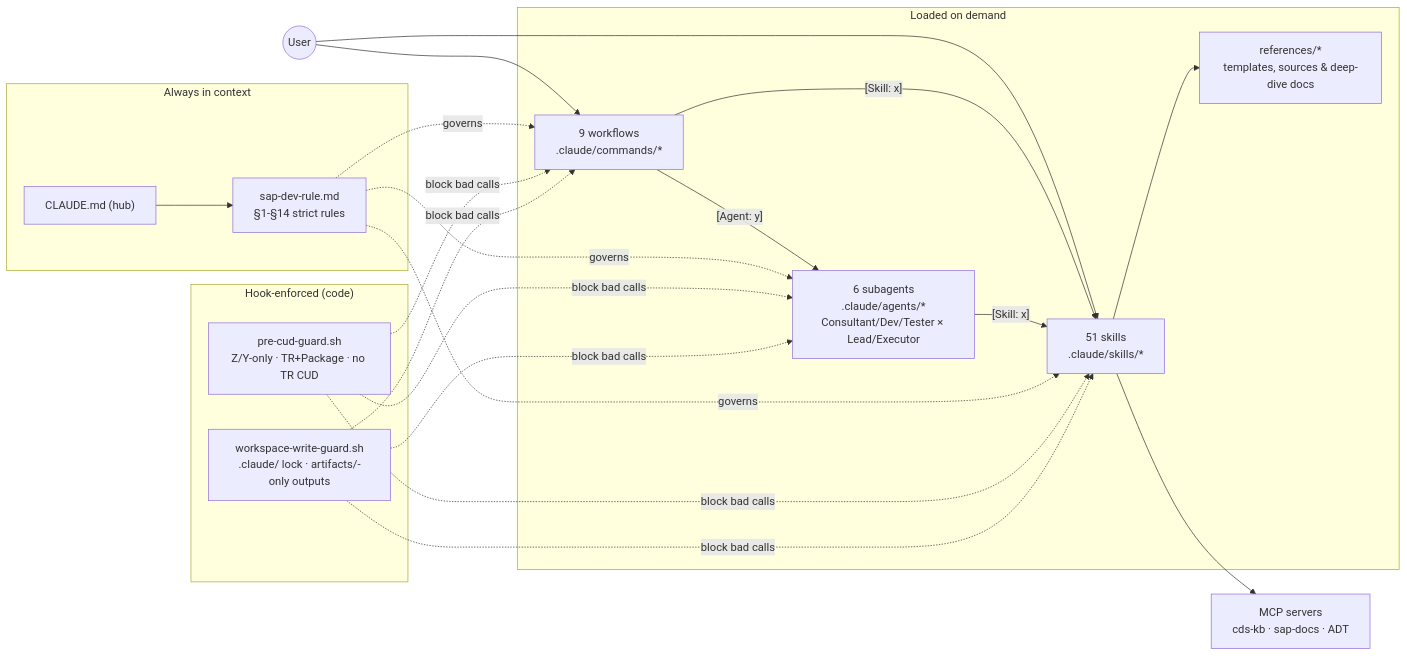
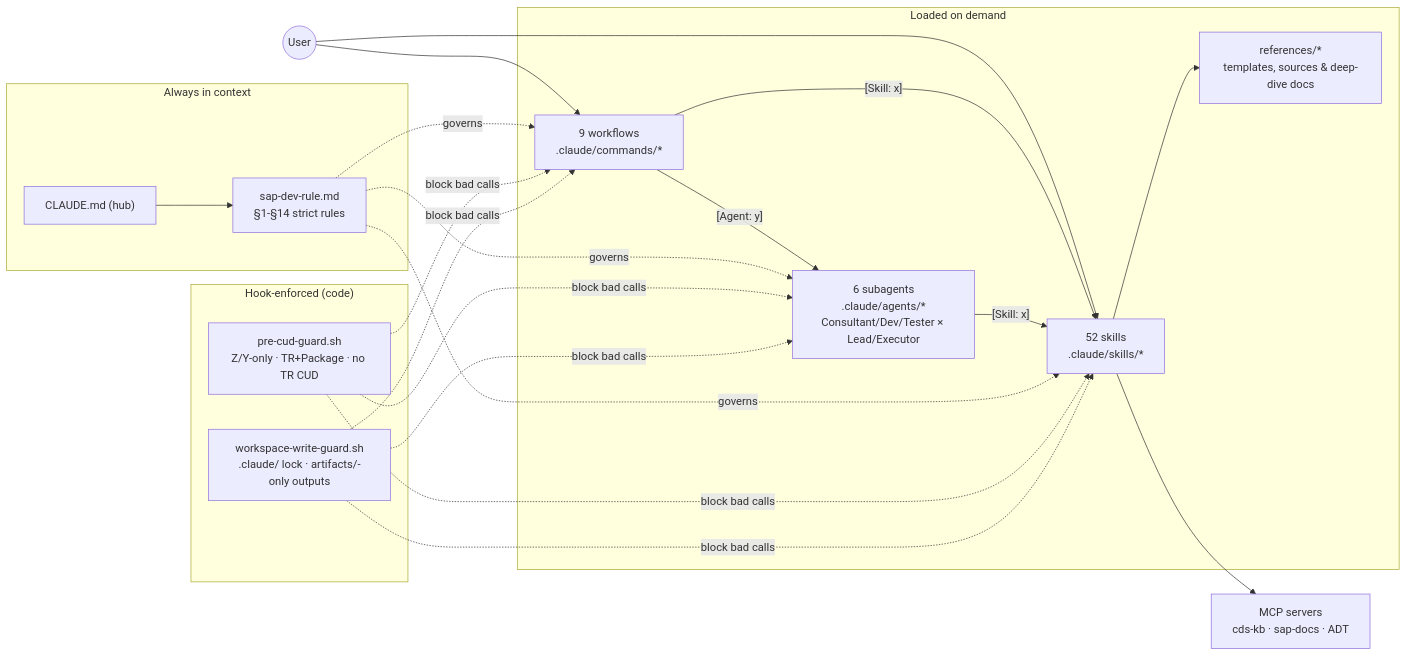
One commit to dovoanhtruong/abap-agent-claudecode-workspace changed the first of 2 diagrams in README.md. Above: the diagram before and after it, drawn with Mermaid. The commit also changed other lines of this file and 78 other files, not shown here.

````diff
--- a/README.md
+++ b/README.md
@@ -18,23 +18,23 @@
 ```mermaid
 flowchart LR
     subgraph CTX["Always in context"]
         CM["CLAUDE.md (hub)"] --> RULE["sap-dev-rule.md<br/>§1-§14 strict rules"]
     end
     subgraph ONDEMAND["Loaded on demand"]
-        SK["51 skills<br/>.claude/skills/*"] --> REF["references/*<br/>templates, sources & deep-dive docs"]
+        SK["52 skills<br/>.claude/skills/*"] --> REF["references/*<br/>templates, sources & deep-dive docs"]
         WF["9 workflows<br/>.claude/commands/*"]
         AG["6 subagents<br/>.claude/agents/*<br/>Consultant/Dev/Tester × Lead/Executor"]
     end
     subgraph ENFORCE["Hook-enforced (code)"]
         H1["pre-cud-guard.sh<br/>Z/Y-only · TR+Package · no TR CUD"]
         H2["workspace-write-guard.sh<br/>.claude/ lock · artifacts/-only outputs"]
     end
     USER((User)) --> WF
     USER --> SK
     WF -->|"[Skill: x]"| SK
     WF -->|"[Agent: y]"| AG
     AG -->|"[Skill: x]"| SK
     RULE -.governs.-> WF & SK & AG
     H1 & H2 -.block bad calls.-> WF & SK & AG
     SK --> MCP["MCP servers<br/>cds-kb · sap-docs · ADT"]
 ```
````
